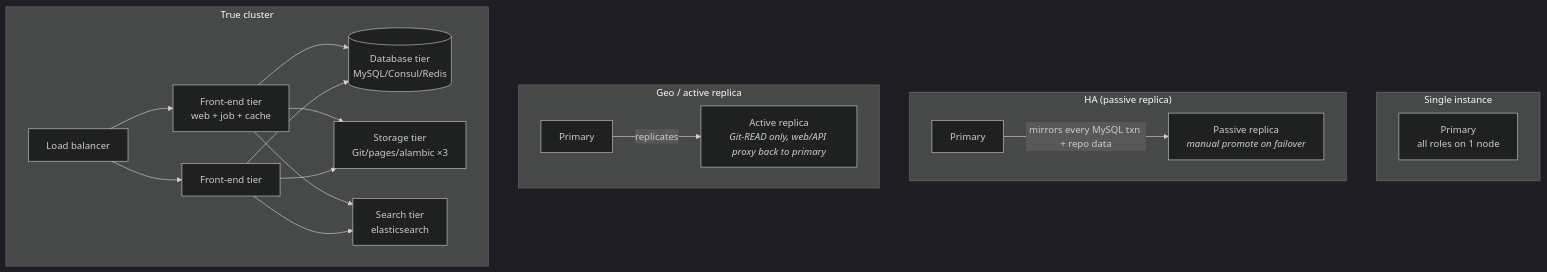
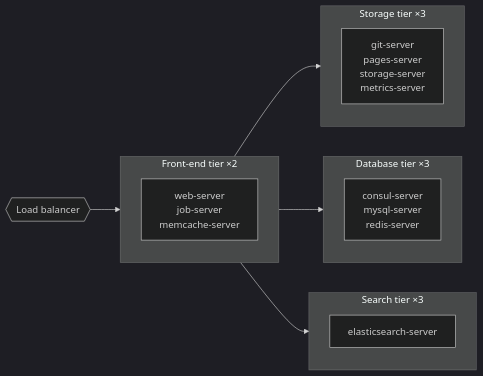
One commit to elroseo/WOS changed the fifth of 5 diagrams in Notes/GitHub Products/GHES Deep Dive.md. Above: the diagram before and after it, drawn with Mermaid (dark theme). The commit also changed other lines of this file and 2 other files, not shown here.

````diff
--- a/Notes/GitHub Products/GHES Deep Dive.md
+++ b/Notes/GitHub Products/GHES Deep Dive.md
@@ -309,20 +345,20 @@
 ```mermaid
-flowchart TB
-    subgraph S1[Single instance]
-        P1[Primary<br/>all roles on 1 node]
+flowchart LR
+    LB{{Load balancer}}
+    subgraph FE["Front-end tier ×2"]
+        FEs["web-server<br/>job-server<br/>memcache-server"]
     end
-    subgraph S2["HA (passive replica)"]
-        P2[Primary] -->|"mirrors every MySQL txn + repo data"| R2["Passive replica<br/><i>manual promote on failover</i>"]
+    subgraph ST["Storage tier ×3"]
+        STs["git-server<br/>pages-server<br/>storage-server<br/>metrics-server"]
     end
-    subgraph S3["Geo / active replica"]
-        P3[Primary] -->|replicates| R3["Active replica<br/><i>Git-READ only, web/API proxy back to primary</i>"]
+    subgraph DB["Database tier ×3"]
+        DBs["consul-server<br/>mysql-server<br/>redis-server"]
     end
-    subgraph S4[True cluster]
-        LB[Load balancer]
-        LB --> FE1["Front-end tier<br/>web + job + cache"]
-        LB --> FE2[Front-end tier]
-        FE1 & FE2 --> DB[("Database tier<br/>MySQL/Consul/Redis")]
-        FE1 & FE2 --> ST["Storage tier<br/>Git/pages/alambic ×3"]
-        FE1 & FE2 --> SR[Search tier<br/>elasticsearch]
+    subgraph SR["Search tier ×3"]
+        SRs["elasticsearch-server"]
     end
+    LB --> FE
+    FE --> ST
+    FE --> DB
+    FE --> SR
 ```
````
